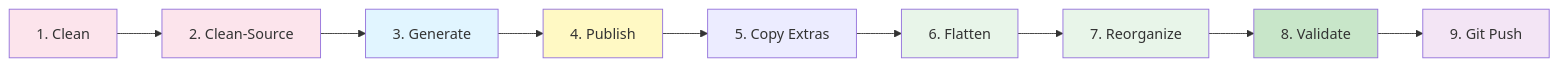
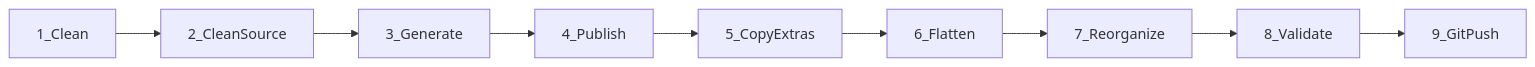
The second of 2 diagrams in software/docs/ORCHESTRATION.md (docxology/biol-1), drawn with Mermaid before and after one commit. The commit also changed other lines of this file and 169 other files, not shown here.

````diff
--- a/software/docs/ORCHESTRATION.md
+++ b/software/docs/ORCHESTRATION.md
@@ -811,20 +817,11 @@
 ```mermaid
 flowchart LR
-    CLN["1. Clean"] --> CLNS["2. Clean-Source"]
-    CLNS --> GEN["3. Generate"]
-    GEN --> PUB["4. Publish"]
-    PUB --> COPY["5. Copy Extras"]
-    COPY --> FLAT["6. Flatten"]
-    FLAT --> REORG["7. Reorganize"]
-    REORG --> VAL["8. Validate"]
-    VAL --> GIT["9. Git Push"]
-    
-    style CLN fill:#fce4ec
-    style CLNS fill:#fce4ec
-    style GEN fill:#e1f5ff
-    style PUB fill:#fff9c4
-    style FLAT fill:#e8f5e9
-    style REORG fill:#e8f5e9
-    style VAL fill:#c8e6c9
-    style GIT fill:#f3e5f5
+    CLN["1_Clean"] --> CLNS["2_CleanSource"]
+    CLNS --> GEN["3_Generate"]
+    GEN --> PUB["4_Publish"]
+    PUB --> COPY["5_CopyExtras"]
+    COPY --> FLAT["6_Flatten"]
+    FLAT --> REORG["7_Reorganize"]
+    REORG --> VAL["8_Validate"]
+    VAL --> GIT["9_GitPush"]
 ```
````
